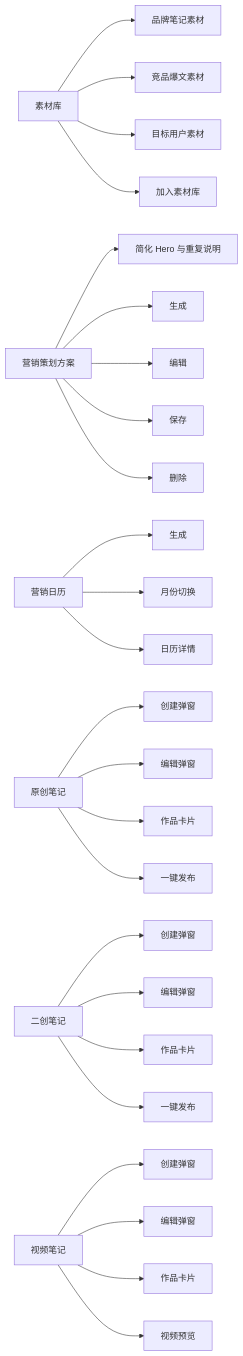
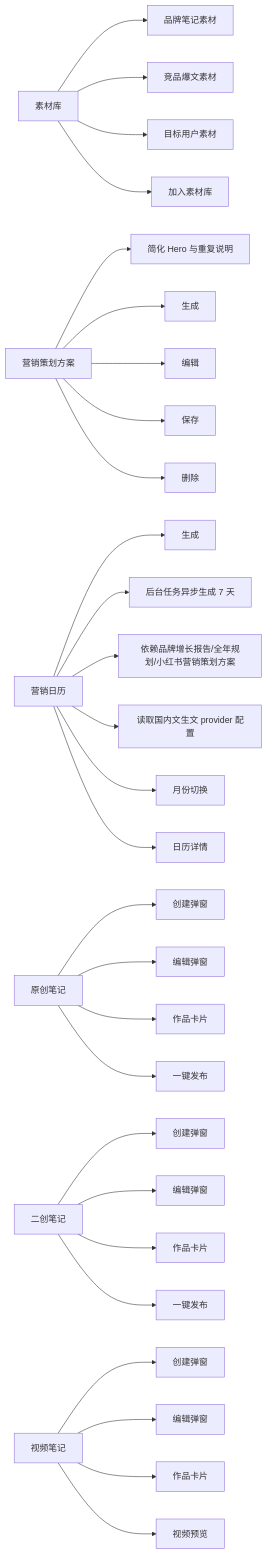
One commit to Depthukesh/ai-omni-ops-system changed the sixth of 11 diagrams in docs/site-map-mermaid.md. Above: the diagram before and after it, drawn with Mermaid. The commit also changed other lines of this file and 13 other files, not shown here.

````diff
--- a/docs/site-map-mermaid.md
+++ b/docs/site-map-mermaid.md
@@ -254,38 +254,41 @@
 ```mermaid
 flowchart LR
     A["素材库"]
     A --> A1["品牌笔记素材"]
     A --> A2["竞品爆文素材"]
     A --> A3["目标用户素材"]
     A --> A4["加入素材库"]
 
     B["营销策划方案"]
     B --> B0["简化 Hero 与重复说明"]
     B --> B1["生成"]
     B --> B2["编辑"]
     B --> B3["保存"]
     B --> B4["删除"]
 
     C["营销日历"]
     C --> C1["生成"]
+    C --> C11["后台任务异步生成 7 天"]
+    C --> C12["依赖品牌增长报告/全年规划/小红书营销策划方案"]
+    C --> C13["读取国内文生文 provider 配置"]
     C --> C2["月份切换"]
     C --> C3["日历详情"]
 
     D["原创笔记"]
     D --> D1["创建弹窗"]
     D --> D2["编辑弹窗"]
     D --> D3["作品卡片"]
     D --> D4["一键发布"]
 
     E["二创笔记"]
     E --> E1["创建弹窗"]
     E --> E2["编辑弹窗"]
     E --> E3["作品卡片"]
     E --> E4["一键发布"]
 
     F["视频笔记"]
     F --> F1["创建弹窗"]
     F --> F2["编辑弹窗"]
     F --> F3["作品卡片"]
     F --> F4["视频预览"]
 ```
````
